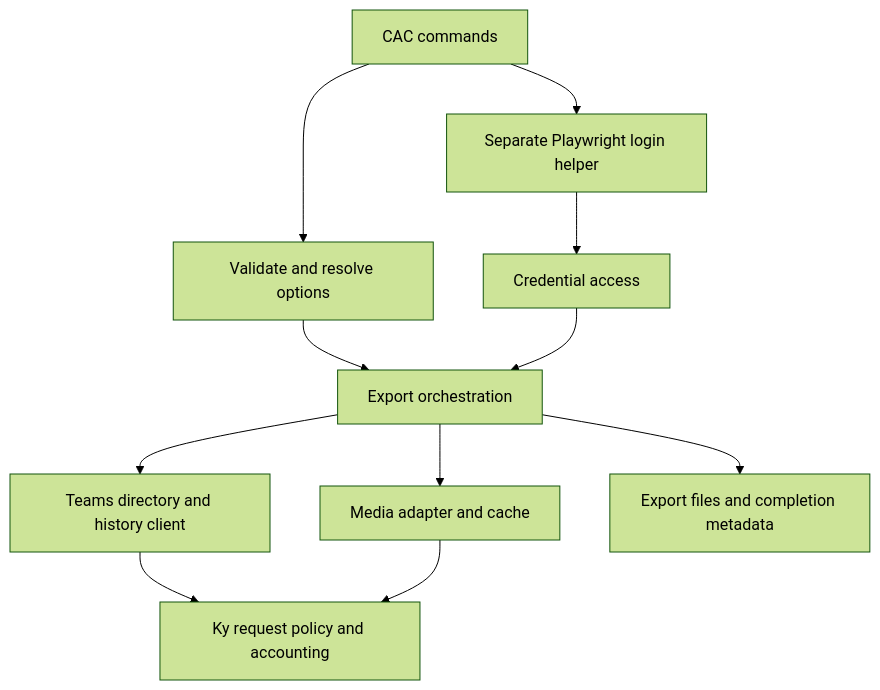
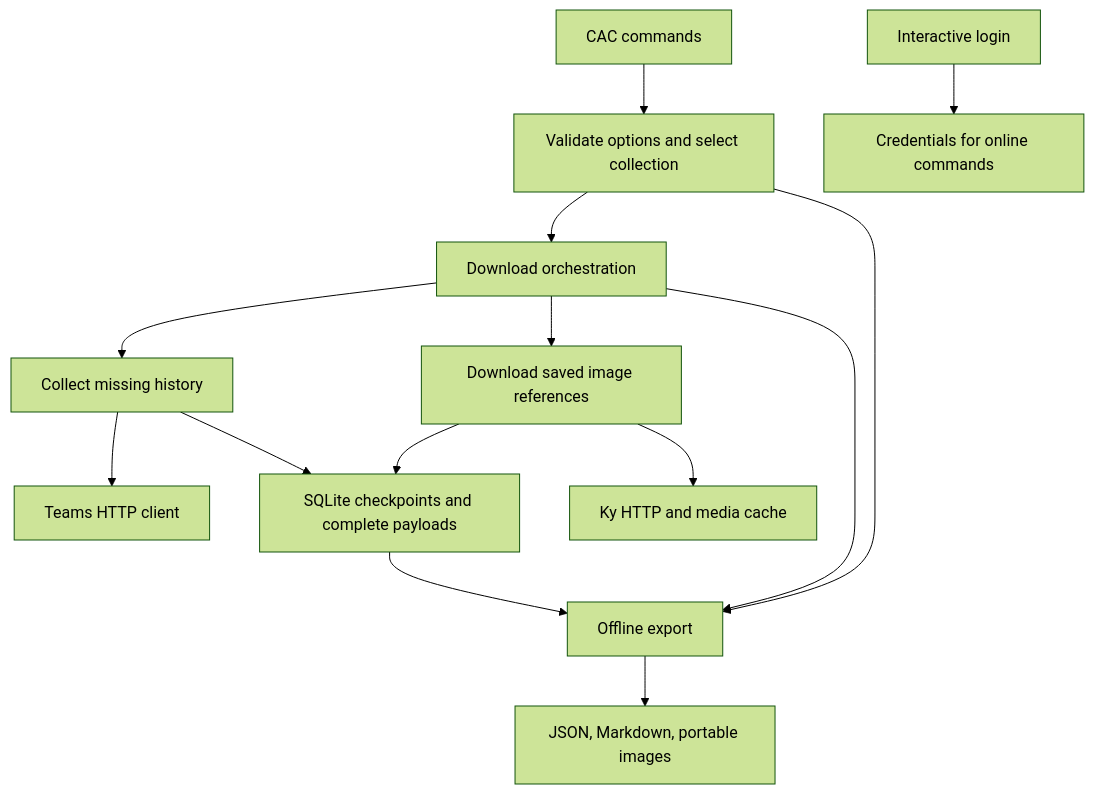
Before and after one commit to InvictusNavarchus/teams-chat-downloader: the diagram in docs/07-architecture.md, drawn with Mermaid (forest theme). The commit also changed other lines of this file and 17 other files, not shown here.

````diff
--- a/docs/07-architecture.md
+++ b/docs/07-architecture.md
@@ -29,13 +31,16 @@
 ```mermaid
 flowchart TD
-    CLI["CAC commands"] --> INPUT["Validate and resolve options"]
-    INPUT --> EXPORT["Export orchestration"]
-    CREDS["Credential access"] --> EXPORT
-    EXPORT --> TEAMS["Teams directory and history client"]
-    EXPORT --> MEDIA["Media adapter and cache"]
-    TEAMS --> HTTP["Ky request policy and accounting"]
-    MEDIA --> HTTP
-    EXPORT --> OUTPUT["Export files and completion metadata"]
-    LOGIN["Separate Playwright login helper"] --> CREDS
-    CLI --> LOGIN
+    CLI["CAC commands"] --> INPUT["Validate options and select collection"]
+    INPUT --> DOWNLOAD["Download orchestration"]
+    DOWNLOAD --> COLLECT["Collect missing history"]
+    COLLECT --> TEAMS["Teams HTTP client"]
+    COLLECT --> DB["SQLite checkpoints and complete payloads"]
+    DOWNLOAD --> MEDIA["Download saved image references"]
+    MEDIA --> DB
+    MEDIA --> HTTP["Ky HTTP and media cache"]
+    DOWNLOAD --> EXPORT["Offline export"]
+    DB --> EXPORT
+    EXPORT --> OUTPUT["JSON, Markdown, portable images"]
+    INPUT --> EXPORT
+    LOGIN["Interactive login"] --> CREDS["Credentials for online commands"]
 ```
````
